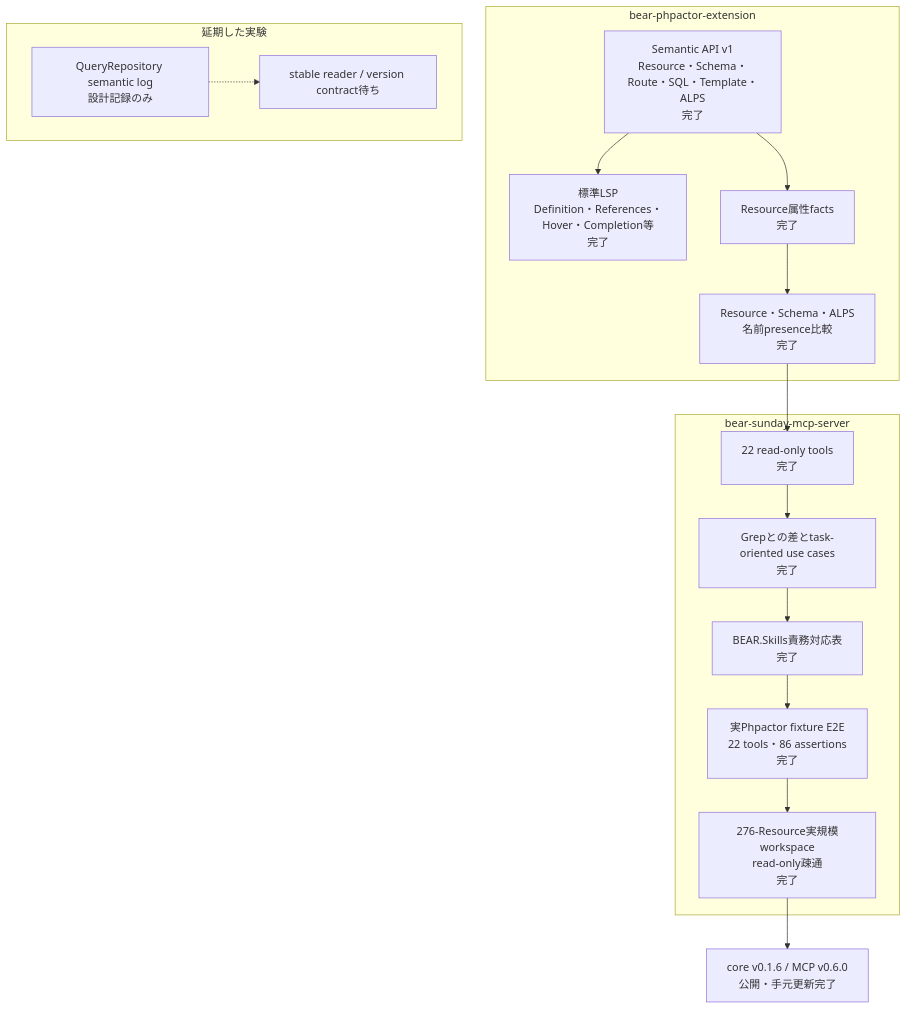
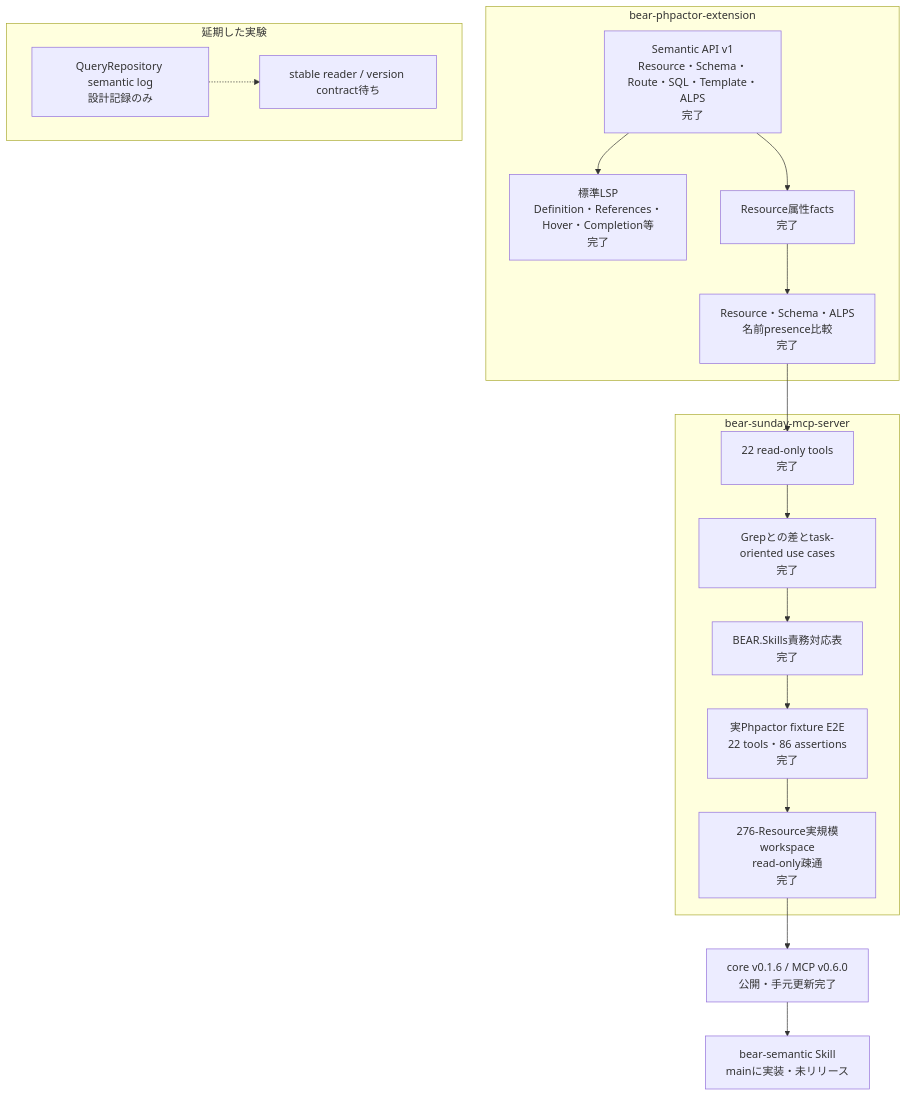
Before and after one commit to suzumaze/bear-sunday-mcp-server: the diagram in docs/project-status.ja.md, drawn with Mermaid. The commit also changed other lines of this file and 7 other files, not shown here.

Commit message:
feat: add BEAR semantic agent skill

````diff
--- a/docs/project-status.ja.md
+++ b/docs/project-status.ja.md
@@ -8,30 +8,31 @@
 ```mermaid
 flowchart TB
     subgraph Core["bear-phpactor-extension"]
         C1["Semantic API v1<br/>Resource・Schema・Route・SQL・Template・ALPS<br/>完了"]
         C2["標準LSP<br/>Definition・References・Hover・Completion等<br/>完了"]
         C3["Resource属性facts<br/>完了"]
         C4["Resource・Schema・ALPS<br/>名前presence比較<br/>完了"]
         C1 --> C2
         C1 --> C3 --> C4
     end
 
     subgraph MCP["bear-sunday-mcp-server"]
         M1["22 read-only tools<br/>完了"]
         M2["Grepとの差とtask-oriented use cases<br/>完了"]
         M3["BEAR.Skills責務対応表<br/>完了"]
         M4["実Phpactor fixture E2E<br/>22 tools・86 assertions<br/>完了"]
         M5["276-Resource実規模workspace<br/>read-only疎通<br/>完了"]
         M1 --> M2 --> M3 --> M4 --> M5
     end
 
     C4 --> M1
 
     subgraph Deferred["延期した実験"]
         D1["QueryRepository semantic log<br/>設計記録のみ"]
         D2["stable reader / version contract待ち"]
         D1 -.-> D2
     end
 
     M5 --> R1["core v0.1.6 / MCP v0.6.0<br/>公開・手元更新完了"]
+    R1 --> S1["bear-semantic Skill<br/>mainに実装・未リリース"]
 ```
````
